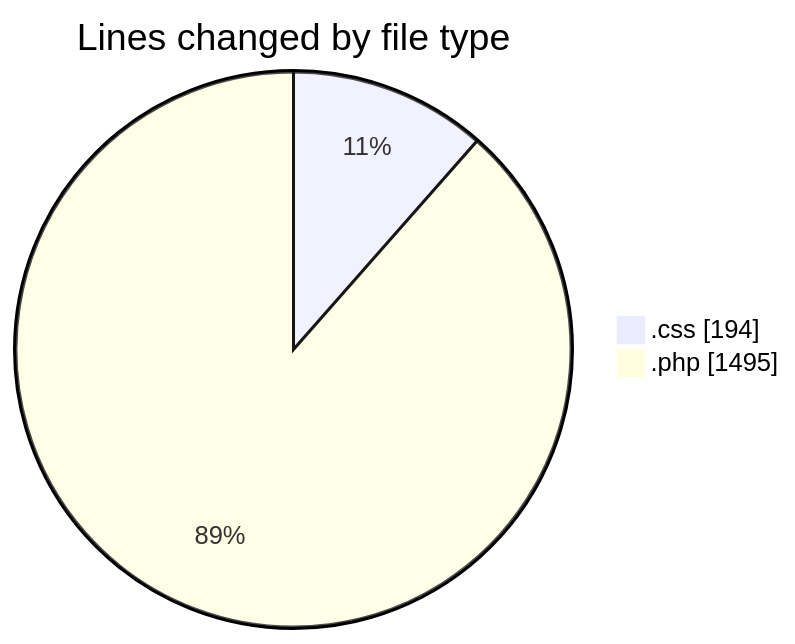
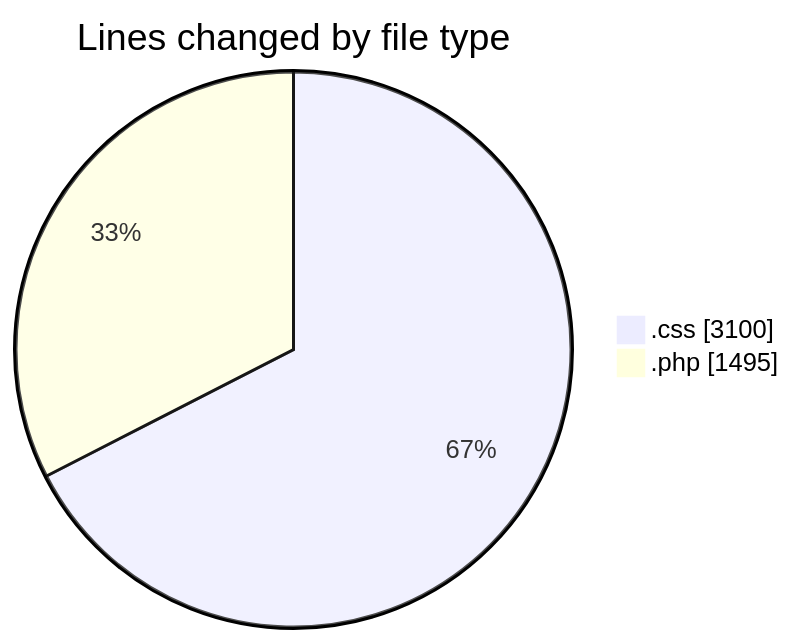
One commit to debugP/code-tracking changed the first of 2 diagrams in 2026-07-22/untitled__workspace_/README.md. Above: the diagram before and after it, drawn with Mermaid. The commit also changed other lines of this file and 1 other file, not shown here.

````diff
--- a/2026-07-22/untitled__workspace_/README.md
+++ b/2026-07-22/untitled__workspace_/README.md
@@ -21,6 +22,6 @@
 ```mermaid
 pie showData
 title Lines changed by file type
-".css" : 194
+".css" : 3100
 ".php" : 1495
 ```
````
